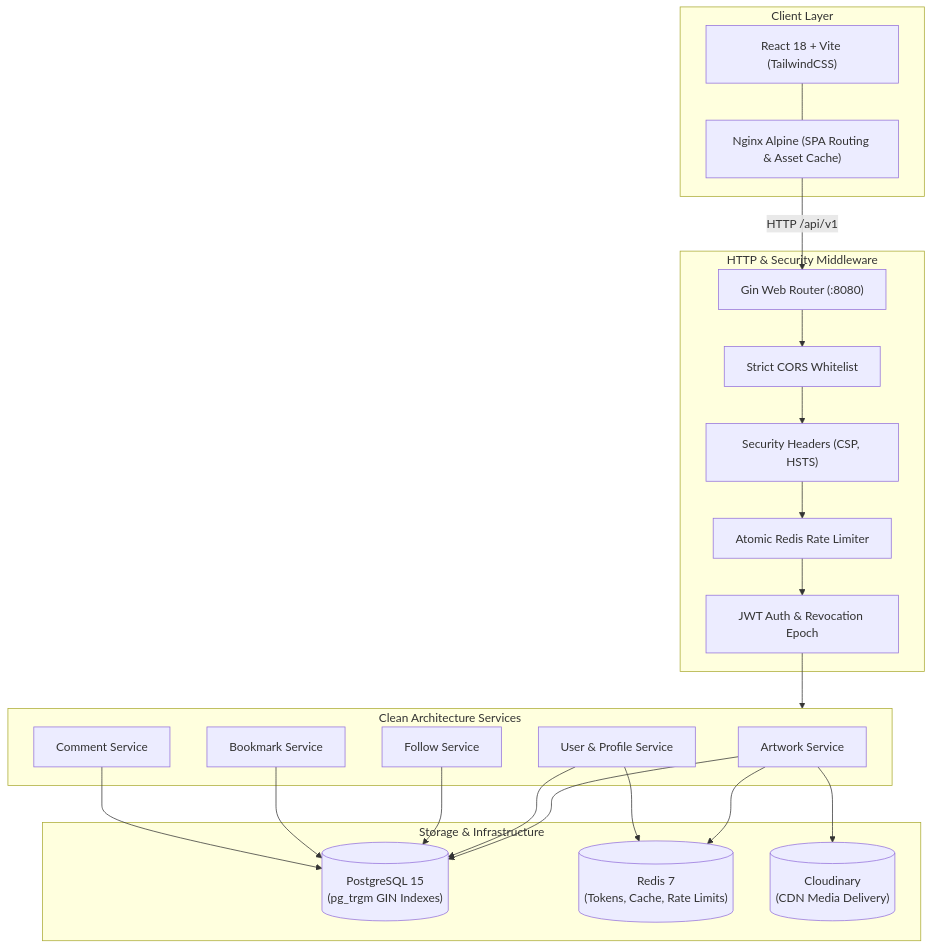
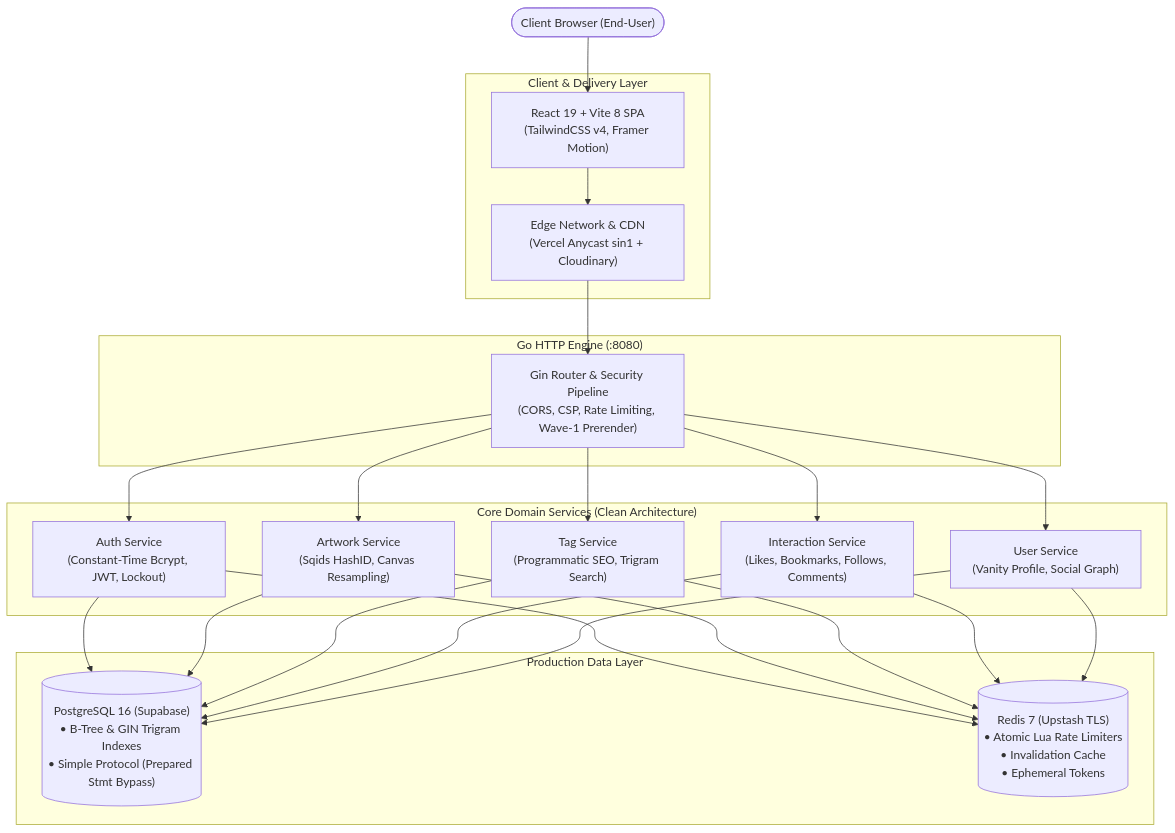
One commit to Nyanns/lumiina changed the first of 4 diagrams in README.md. Above: the diagram before and after it, drawn with Mermaid. The commit also changed other lines of this file, not shown here.

Commit message:
docs: revamp root readme into production-oriented engineering specification

````diff
--- a/README.md
+++ b/README.md
@@ -90,42 +62,47 @@
 ```mermaid
 flowchart TD
-    subgraph Client ["Client Layer"]
-        Browser["React 18 + Vite (TailwindCSS)"]
-        Nginx["Nginx Alpine (SPA Routing & Asset Cache)"]
-        Browser --- Nginx
+    Browser(["Client Browser (End-User)"])
+    
+    subgraph ClientLayer ["Client & Delivery Layer"]
+        React["React 19 + Vite 8 SPA\n(TailwindCSS v4, Framer Motion)"]
+        Edge["Edge Network & CDN\n(Vercel Anycast sin1 + Cloudinary)"]
     end
 
-    subgraph Gateway ["HTTP & Security Middleware"]
-        Gin["Gin Web Router (:8080)"]
-        CORS["Strict CORS Whitelist"]
-        SecHeaders["Security Headers (CSP, HSTS)"]
-        RateLimit["Atomic Redis Rate Limiter"]
-        AuthMid["JWT Auth & Revocation Epoch"]
+    subgraph GatewayLayer ["Go HTTP Engine (:8080)"]
+        Gin["Gin Router & Security Pipeline\n(CORS, CSP, Rate Limiting, Wave-1 Prerender)"]
     end
 
-    subgraph ServiceLayer ["Clean Architecture Services"]
-        ArtSvc["Artwork Service"]
-        UserSvc["User & Profile Service"]
-        FollowSvc["Follow Service"]
-        BookSvc["Bookmark Service"]
-        CommSvc["Comment Service"]
+    subgraph ServiceDomains ["Core Domain Services (Clean Architecture)"]
+        Auth["Auth Service\n(Constant-Time Bcrypt, JWT, Lockout)"]
+        Art["Artwork Service\n(Sqids HashID, Canvas Resampling)"]
+        Tag["Tag Service\n(Programmatic SEO, Trigram Search)"]
+        Inter["Interaction Service\n(Likes, Bookmarks, Follows, Comments)"]
+        User["User Service\n(Vanity Profile, Social Graph)"]
     end
 
-    subgraph DataLayer ["Storage & Infrastructure"]
-        PG[("PostgreSQL 15\n(pg_trgm GIN Indexes)")]
-        Redis[("Redis 7\n(Tokens, Cache, Rate Limits)")]
-        Cloudinary[("Cloudinary\n(CDN Media Delivery)")]
+    subgraph DataPersistence ["Production Data Layer"]
+        PG[("PostgreSQL 16 (Supabase)\n• B-Tree & GIN Trigram Indexes\n• Simple Protocol (Prepared Stmt Bypass)")]
+        Redis[("Redis 7 (Upstash TLS)\n• Atomic Lua Rate Limiters\n• Invalidation Cache\n• Ephemeral Tokens")]
     end
 
-    Nginx -->|HTTP /api/v1| Gin
-    Gin --> CORS --> SecHeaders --> RateLimit --> AuthMid
-    AuthMid --> ServiceLayer
-    ArtSvc --> PG
-    ArtSvc --> Redis
-    ArtSvc --> Cloudinary
-    UserSvc --> PG
-    UserSvc --> Redis
-    FollowSvc --> PG
-    BookSvc --> PG
-    CommSvc --> PG
+    Browser --> React
+    React --> Edge
+    Edge --> Gin
+    
+    Gin --> Auth
+    Gin --> Art
+    Gin --> Tag
+    Gin --> Inter
+    Gin --> User
+
+    Auth --> PG
+    Auth --> Redis
+    Art --> PG
+    Art --> Redis
+    Tag --> PG
+    Tag --> Redis
+    Inter --> PG
+    Inter --> Redis
+    User --> PG
+    User --> Redis
 ```
````
